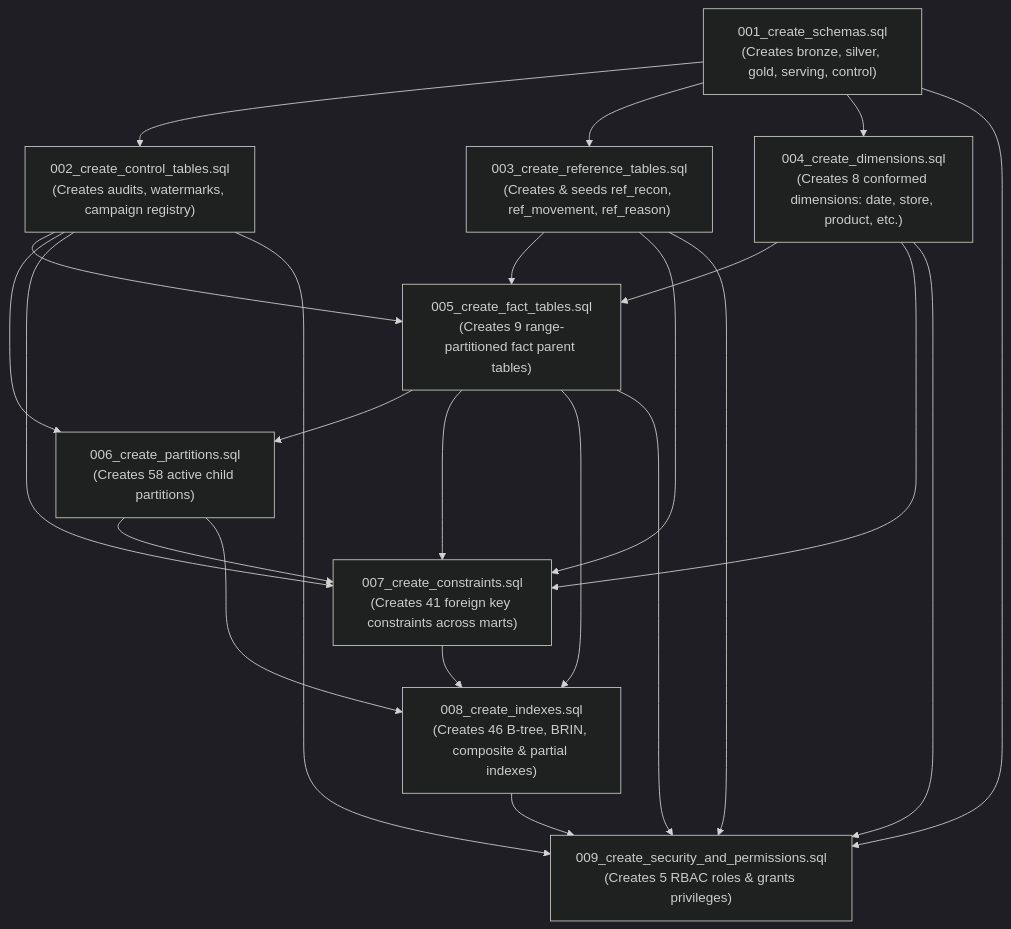
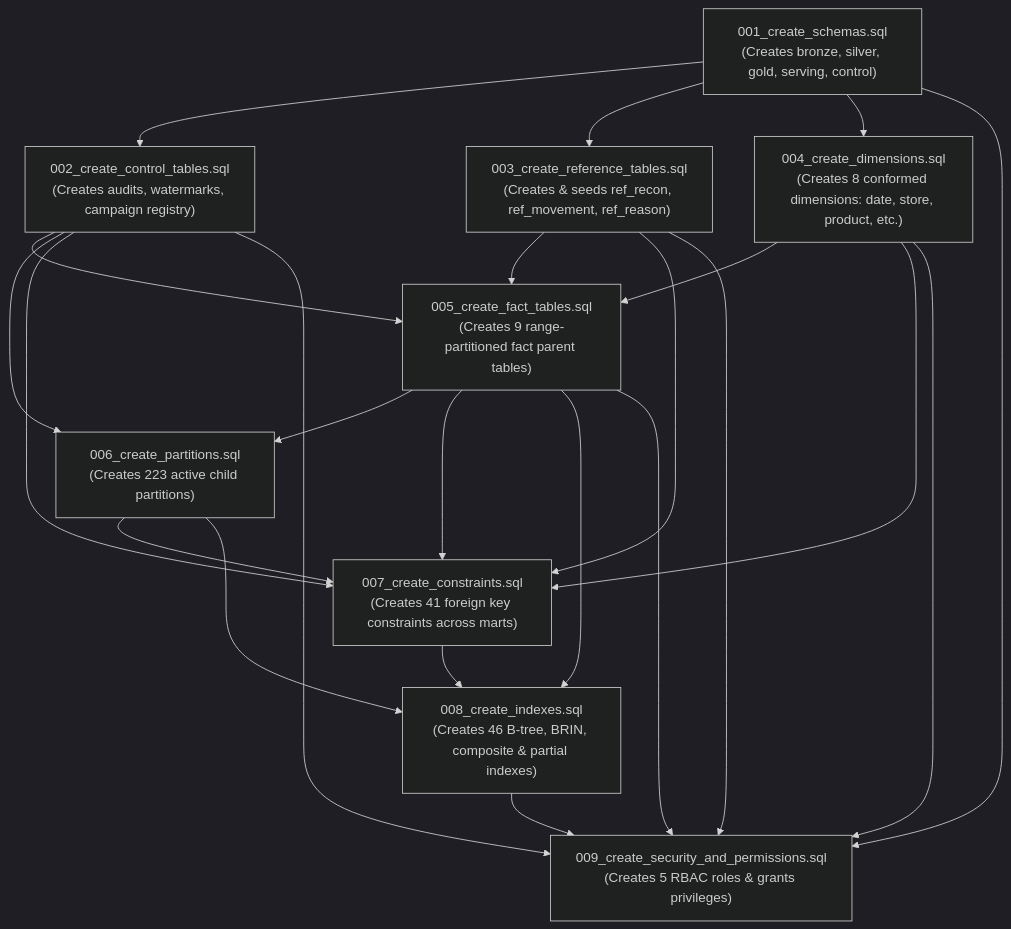
One commit to Adib6399/Northstar_Retail_Analytics changed the diagram in docs/05_data_engineering/ddl_implementation/stage_5_2b_migration_plan.md. Above: the diagram before and after it, drawn with Mermaid (dark theme). The commit also changed other lines of this file and 4 other files, not shown here.

````diff
--- a/docs/05_data_engineering/ddl_implementation/stage_5_2b_migration_plan.md
+++ b/docs/05_data_engineering/ddl_implementation/stage_5_2b_migration_plan.md
@@ -20,35 +20,35 @@
 ```mermaid
 flowchart TD
     M1["001_create_schemas.sql<br/>(Creates bronze, silver, gold, serving, control)"]
     M2["002_create_control_tables.sql<br/>(Creates audits, watermarks, campaign registry)"]
     M3["003_create_reference_tables.sql<br/>(Creates & seeds ref_recon, ref_movement, ref_reason)"]
     M4["004_create_dimensions.sql<br/>(Creates 8 conformed dimensions: date, store, product, etc.)"]
     M5["005_create_fact_tables.sql<br/>(Creates 9 range-partitioned fact parent tables)"]
-    M6["006_create_partitions.sql<br/>(Creates 58 active child partitions)"]
+    M6["006_create_partitions.sql<br/>(Creates 223 active child partitions)"]
     M7["007_create_constraints.sql<br/>(Creates 41 foreign key constraints across marts)"]
     M8["008_create_indexes.sql<br/>(Creates 46 B-tree, BRIN, composite & partial indexes)"]
     M9["009_create_security_and_permissions.sql<br/>(Creates 5 RBAC roles & grants privileges)"]
 
     M1 --> M2
     M1 --> M3
     M1 --> M4
     M3 --> M5
     M4 --> M5
     M2 --> M5
     M2 --> M6
     M5 --> M6
     M2 --> M7
     M3 --> M7
     M4 --> M7
     M5 --> M7
     M6 --> M7
     M5 --> M8
     M6 --> M8
     M7 --> M8
     M1 --> M9
     M2 --> M9
     M3 --> M9
     M4 --> M9
     M5 --> M9
     M8 --> M9
 ```
````
